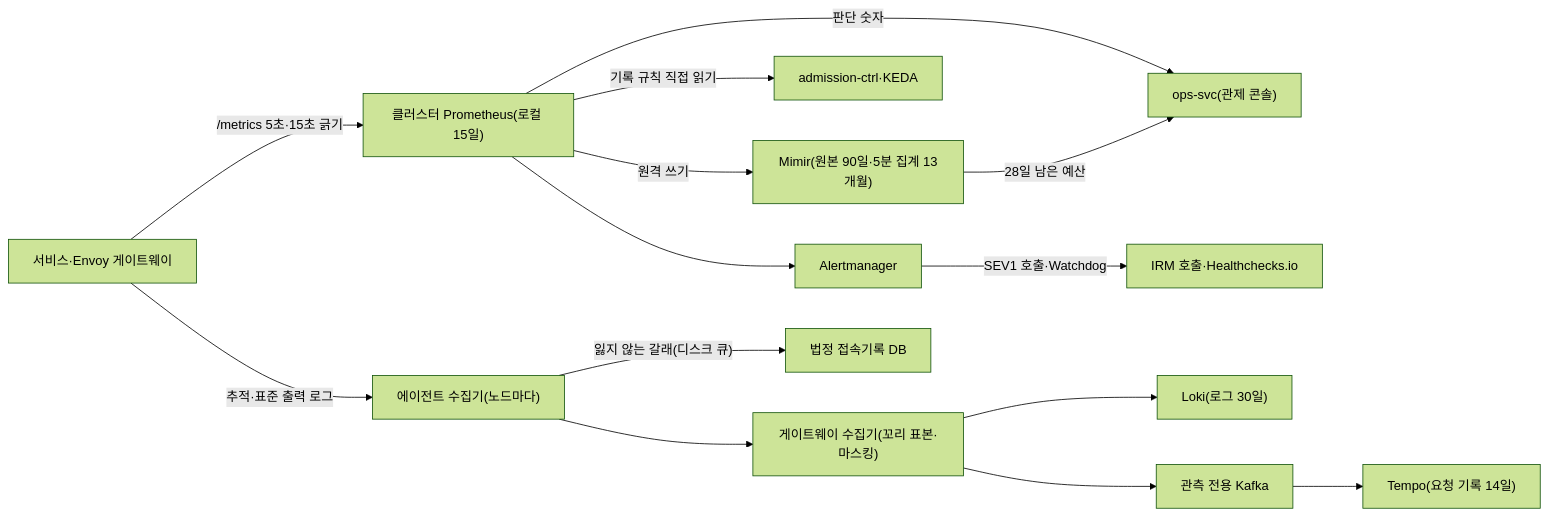
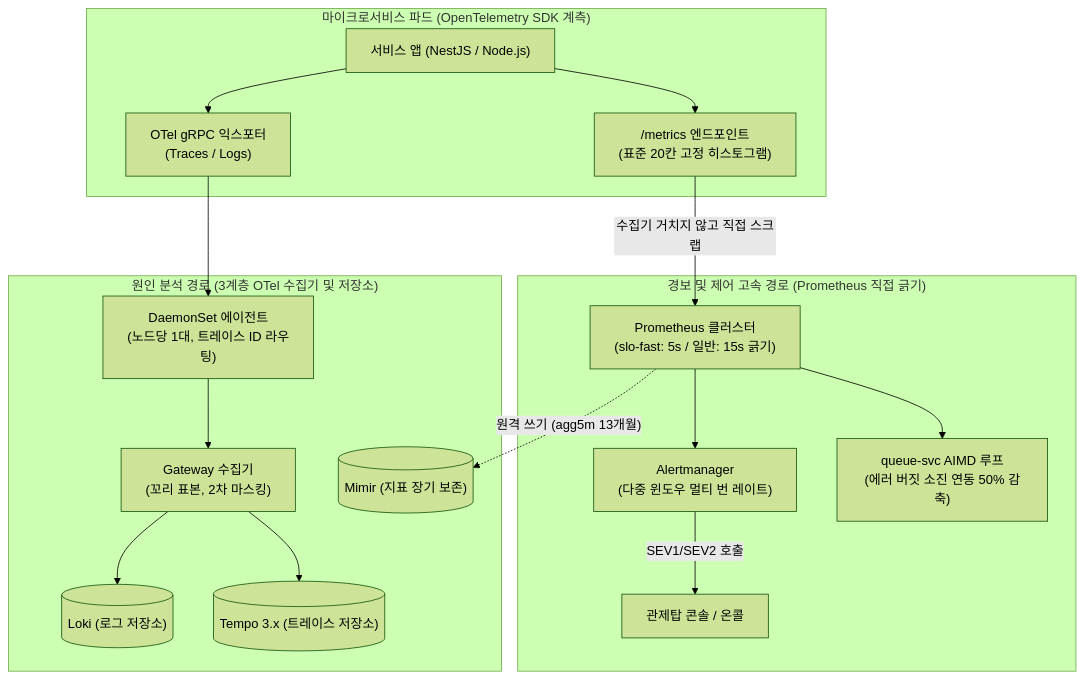
One commit to peaket/peaket changed the diagram in docs/walkthrough/fields/19-observability.md. Above: the diagram before and after it, drawn with Mermaid (forest theme). The commit also changed other lines of this file and 77 other files, not shown here.

````diff
--- a/docs/walkthrough/fields/19-observability.md
+++ b/docs/walkthrough/fields/19-observability.md
@@ -191,29 +23,35 @@
 ```mermaid
-flowchart LR
-    svc["서비스·Envoy 게이트웨이"]
-    prom["클러스터 Prometheus(로컬 15일)"]
-    mimir["Mimir(원본 90일·5분 집계 13개월)"]
-    adm["admission-ctrl·KEDA"]
-    am["Alertmanager"]
-    ops["ops-svc(관제 콘솔)"]
-    ext["IRM 호출·Healthchecks.io"]
-    agt["에이전트 수집기(노드마다)"]
-    gwc["게이트웨이 수집기(꼬리 표본·마스킹)"]
-    loki["Loki(로그 30일)"]
-    okafka["관측 전용 Kafka"]
-    tempo["Tempo(요청 기록 14일)"]
-    acc["법정 접속기록 DB"]
-    svc -->|"/metrics 5초·15초 긁기"| prom
-    prom -->|"원격 쓰기"| mimir
-    prom -->|"기록 규칙 직접 읽기"| adm
-    prom --> am
-    prom -->|"판단 숫자"| ops
-    mimir -->|"28일 남은 예산"| ops
-    am -->|"SEV1 호출·Watchdog"| ext
-    svc -->|"추적·표준 출력 로그"| agt
-    agt --> gwc
-    agt -->|"잃지 않는 갈래(디스크 큐)"| acc
-    gwc --> loki
-    gwc --> okafka
-    okafka --> tempo
+flowchart TD
+    subgraph DataPlane["마이크로서비스 파드 (OpenTelemetry SDK 계측)"]
+        App["서비스 앱 (NestJS / Node.js)"]
+        PromMetrics["/metrics 엔드포인트<br/>(표준 20칸 고정 히스토그램)"]
+        OTelExporter["OTel gRPC 익스포터<br/>(Traces / Logs)"]
+        App --> PromMetrics
+        App --> OTelExporter
+    end
+
+    subgraph FastPath["경보 및 제어 고속 경로 (Prometheus 직접 긁기)"]
+        Prom["Prometheus 클러스터<br/>(slo-fast: 5s / 일반: 15s 긁기)"]
+        AlertMgr["Alertmanager<br/>(다중 윈도우 멀티 번 레이트)"]
+        AIMD["queue-svc AIMD 루프<br/>(에러 버짓 소진 연동 50% 감축)"]
+        
+        PromMetrics -->|"수집기 거치지 않고 직접 스크랩"| Prom
+        Prom --> AlertMgr
+        Prom --> AIMD
+        AlertMgr -->|"SEV1/SEV2 호출"| OpsConsole["관제탑 콘솔 / 온콜"]
+    end
+
+    subgraph DeepPath["원인 분석 경로 (3계층 OTel 수집기 및 저장소)"]
+        DaemonAgent["DaemonSet 에이전트<br/>(노드당 1대, 트레이스 ID 라우팅)"]
+        GwCollector["Gateway 수집기<br/>(꼬리 표본, 2차 마스킹)"]
+        Loki[("Loki (로그 저장소)")]
+        Tempo[("Tempo 3.x (트레이스 저장소)")]
+        Mimir[("Mimir (지표 장기 보존)")]
+        
+        OTelExporter --> DaemonAgent
+        DaemonAgent --> GwCollector
+        GwCollector --> Loki
+        GwCollector --> Tempo
+        Prom -.->|"원격 쓰기 (agg5m 13개월)"| Mimir
+    end
 ```
````
